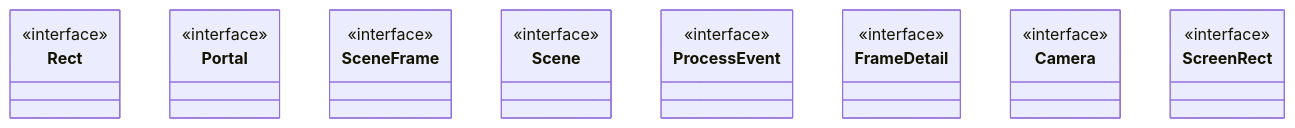
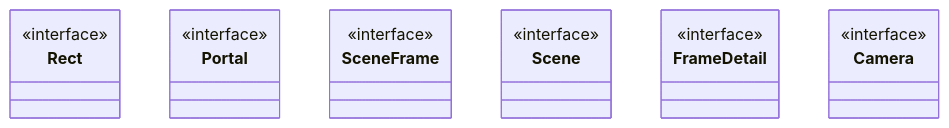
One commit to RyanGuild/self-describing-code changed the second of 3 diagrams in docs/self-model/robby__site/src/viewer/index.md. Above: the diagram before and after it, drawn with Mermaid. The commit also changed other lines of this file and 747 other files, not shown here.

````diff
--- a/docs/self-model/robby__site/src/viewer/index.md
+++ b/docs/self-model/robby__site/src/viewer/index.md
@@ -45,27 +45,21 @@
 ```mermaid
 classDiagram
     class Rect {
         <<interface>>
     }
     class Portal {
         <<interface>>
     }
     class SceneFrame {
         <<interface>>
     }
     class Scene {
         <<interface>>
     }
-    class ProcessEvent {
-        <<interface>>
-    }
     class FrameDetail {
         <<interface>>
     }
     class Camera {
         <<interface>>
     }
-    class ScreenRect {
-        <<interface>>
-    }
 ```
````
